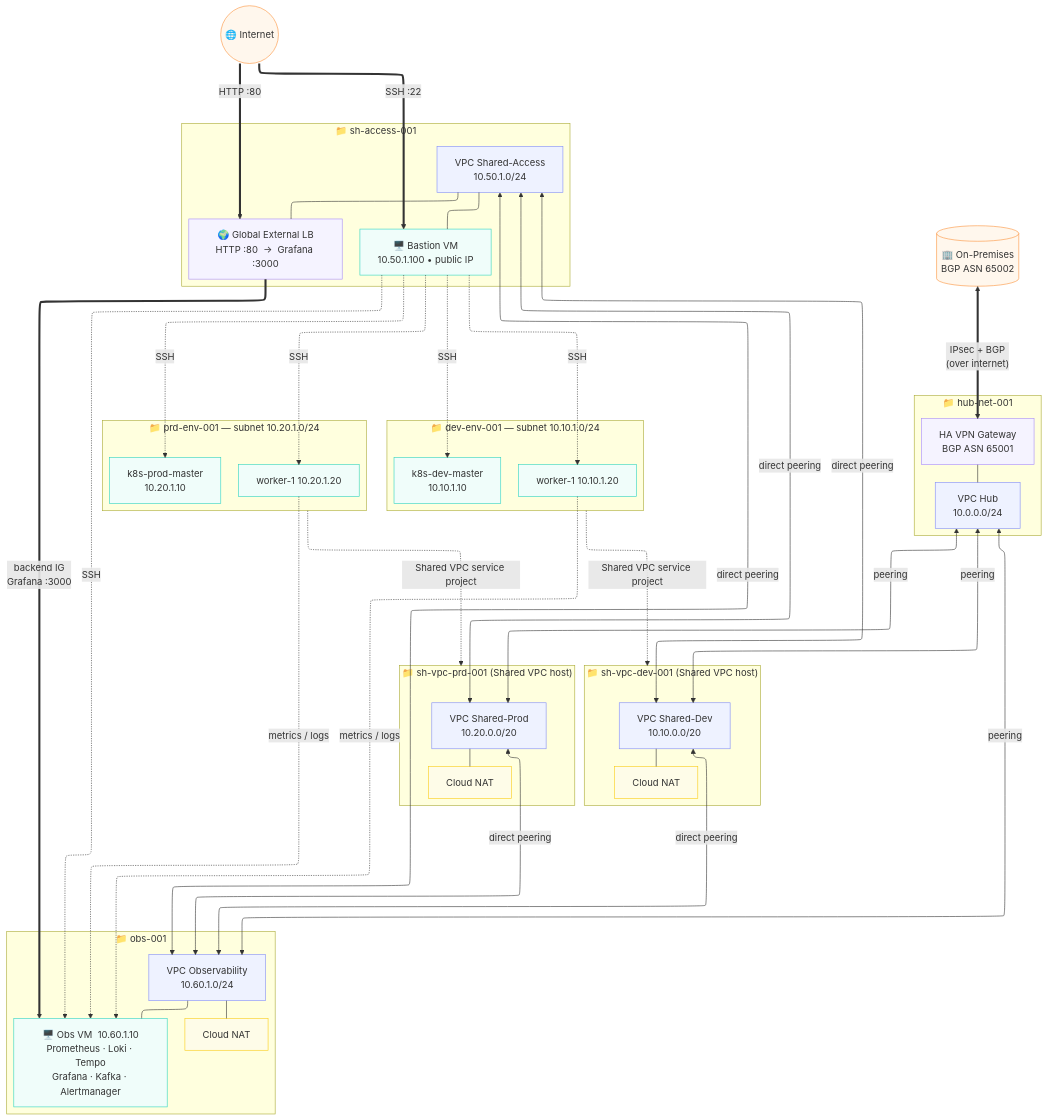
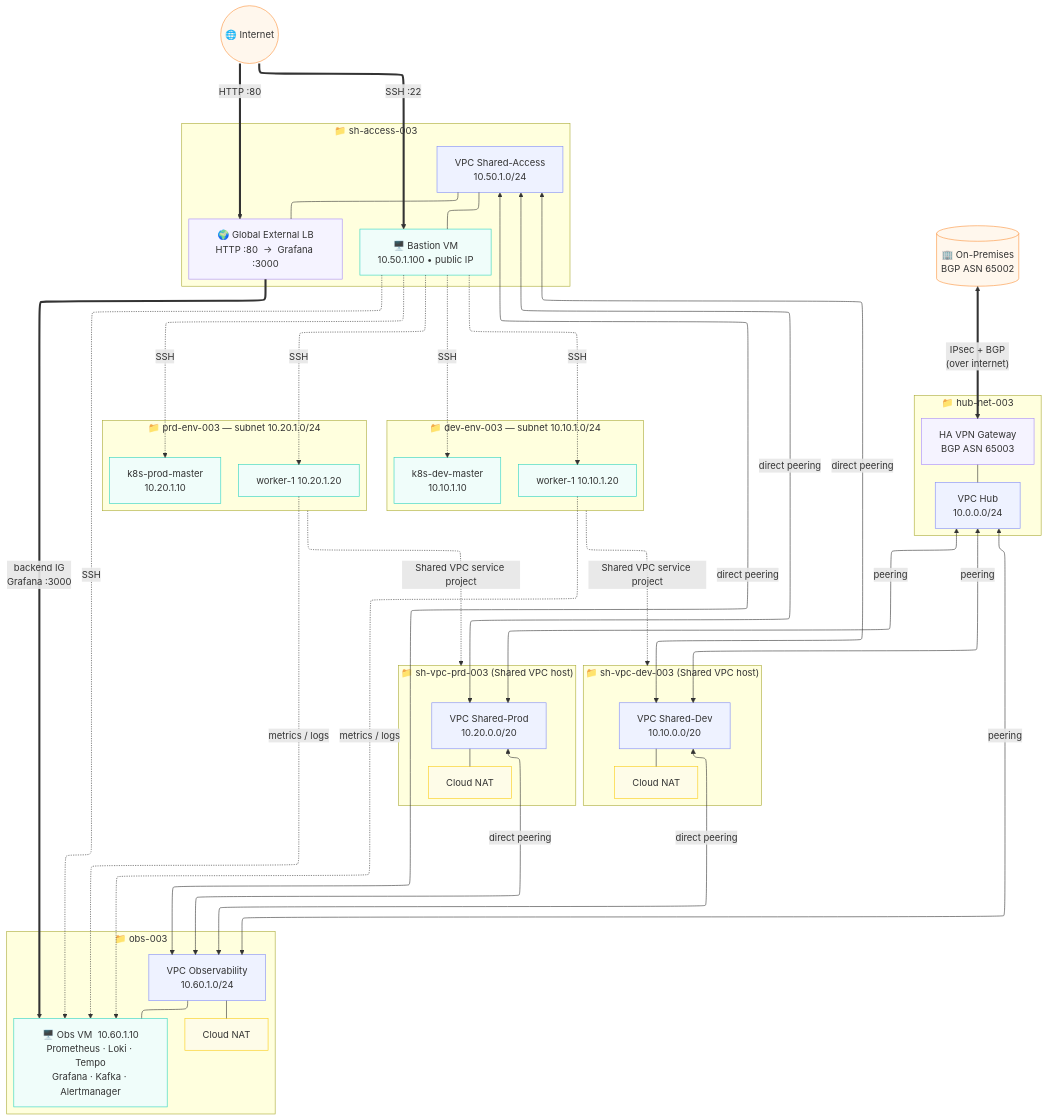
Before and after one commit to sonthkl95/soure-code-do-an-tot-nghiep: the diagram in terraform-code/README.md, drawn with Mermaid. The commit also changed 18 other files, not shown here.

```diff
--- a/terraform-code/README.md
+++ b/terraform-code/README.md
@@ -15,13 +15,13 @@
     Internet((🌐 Internet))
     OnPrem[("🏢 On-Premises\nBGP ASN 65002")]
 
-    subgraph HubPrj["📁 hub-net-001"]
-        VPN["HA VPN Gateway\nBGP ASN 65001"]
+    subgraph HubPrj["📁 hub-net-003"]
+        VPN["HA VPN Gateway\nBGP ASN 65003"]
         HubVPC["VPC Hub\n10.0.0.0/24"]
         VPN --- HubVPC
     end
 
-    subgraph AccessPrj["📁 sh-access-001"]
+    subgraph AccessPrj["📁 sh-access-003"]
         AccessVPC["VPC Shared-Access\n10.50.1.0/24"]
         Bastion["🖥️ Bastion VM\n10.50.1.100  •  public IP"]
         ExtLB["🌍 Global External LB\nHTTP :80  →  Grafana :3000"]
@@ -29,19 +29,19 @@
         AccessVPC --- ExtLB
     end
 
-    subgraph DevHostPrj["📁 sh-vpc-dev-001  (Shared VPC host)"]
+    subgraph DevHostPrj["📁 sh-vpc-dev-003  (Shared VPC host)"]
         DevVPC["VPC Shared-Dev\n10.10.0.0/20"]
         NATd["Cloud NAT"]
         DevVPC --- NATd
     end
 
-    subgraph PrdHostPrj["📁 sh-vpc-prd-001  (Shared VPC host)"]
+    subgraph PrdHostPrj["📁 sh-vpc-prd-003  (Shared VPC host)"]
         PrdVPC["VPC Shared-Prod\n10.20.0.0/20"]
         NATp["Cloud NAT"]
         PrdVPC --- NATp
     end
 
-    subgraph ObsPrj["📁 obs-001"]
+    subgraph ObsPrj["📁 obs-003"]
         ObsVPC["VPC Observability\n10.60.1.0/24"]
         ObsVM["🖥️ Obs VM  10.60.1.10\nPrometheus · Loki · Tempo\nGrafana · Kafka · Alertmanager"]
         NATo["Cloud NAT"]
@@ -49,12 +49,12 @@
         ObsVPC --- NATo
     end
 
-    subgraph DevEnvPrj["📁 dev-env-001  —  subnet 10.10.1.0/24"]
+    subgraph DevEnvPrj["📁 dev-env-003  —  subnet 10.10.1.0/24"]
         DevMaster["k8s-dev-master\n10.10.1.10"]
         DevW1["worker-1  10.10.1.20"]
     end
 
-    subgraph PrdEnvPrj["📁 prd-env-001  —  subnet 10.20.1.0/24"]
+    subgraph PrdEnvPrj["📁 prd-env-003  —  subnet 10.20.1.0/24"]
         PrdMaster["k8s-prod-master\n10.20.1.10"]
         PrdW1["worker-1  10.20.1.20"]
     end
```
